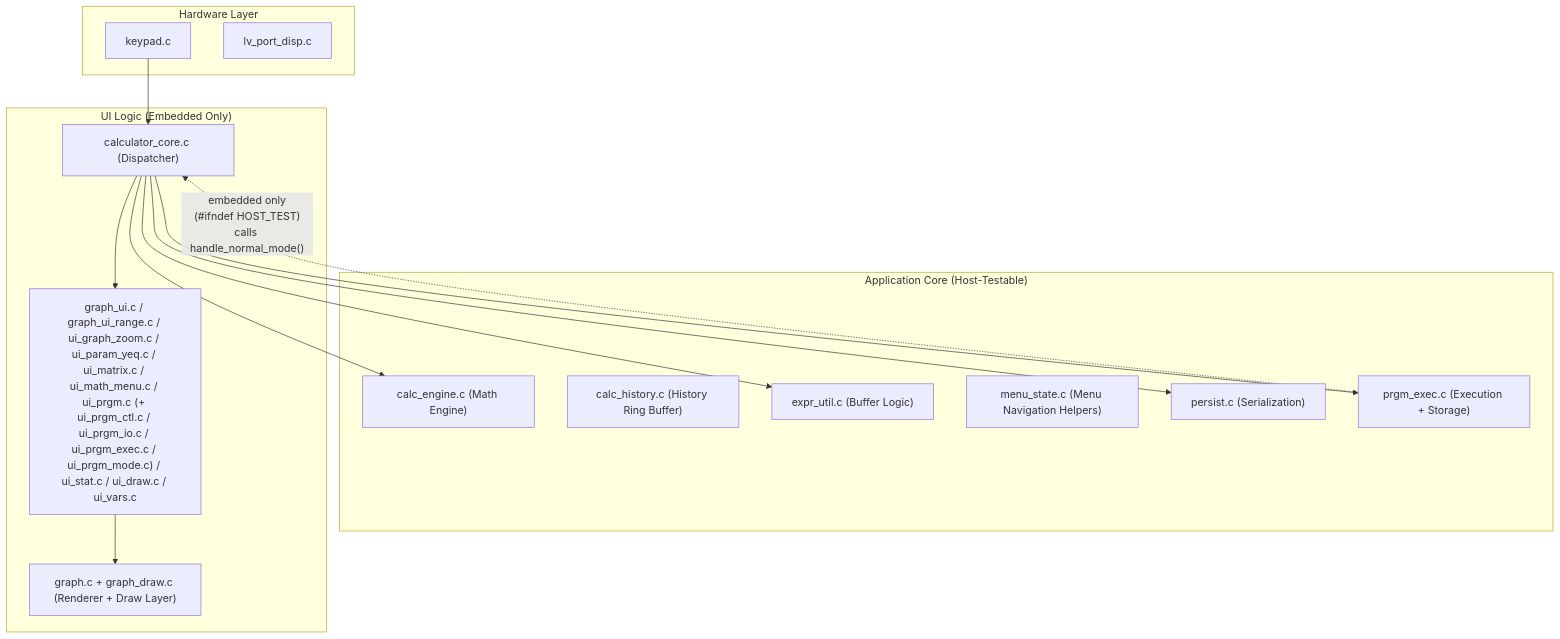
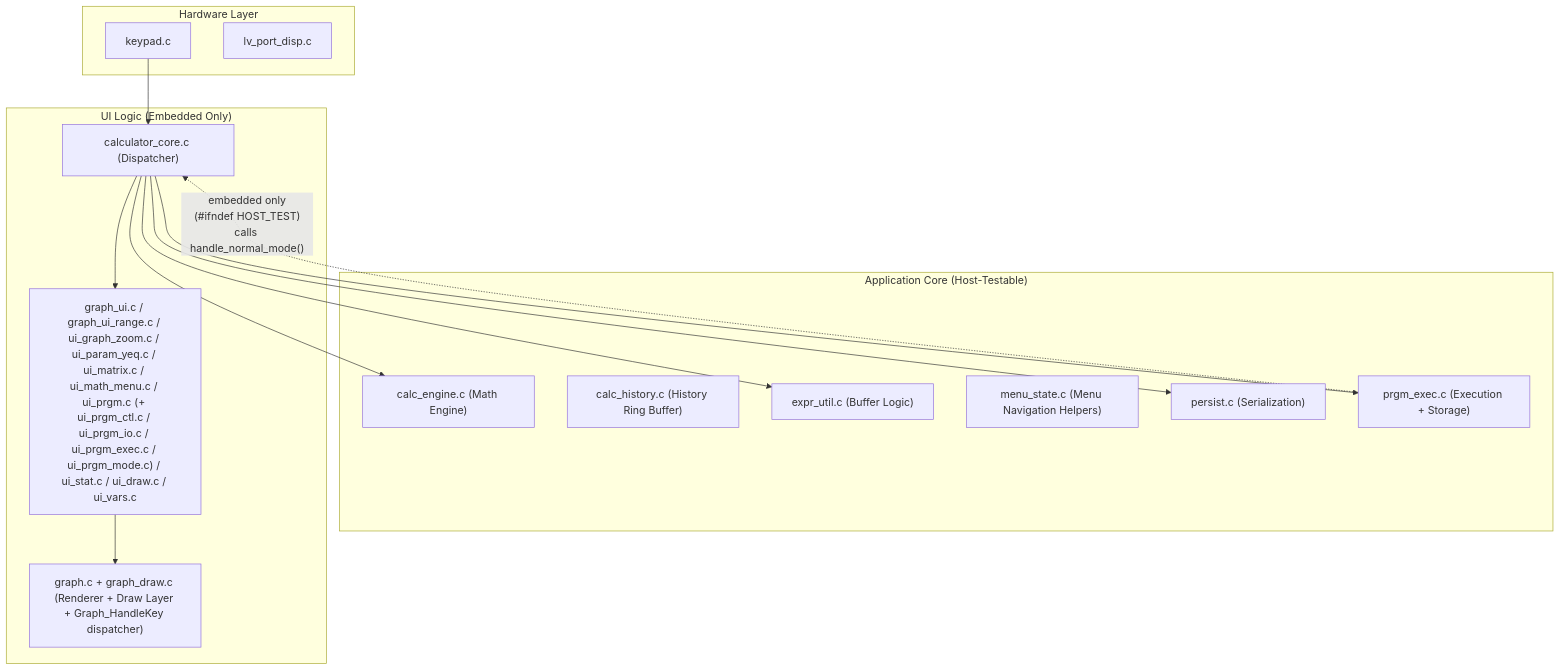
The second of 2 diagrams in docs/ARCHITECTURE.md (mndxc/STM32F429-TI81-Calculator), drawn with Mermaid before and after one commit. The commit also changed other lines of this file and 7 other files, not shown here.

First line of the commit message:
refactor: Arch-5 — Graph_HandleKey() unified graph-mode key dispatcher

````diff
--- a/docs/ARCHITECTURE.md
+++ b/docs/ARCHITECTURE.md
@@ -47,31 +47,31 @@
 ```mermaid
 graph TD
     subgraph "Hardware Layer"
         HW_K["keypad.c"]
         HW_D["lv_port_disp.c"]
     end
 
     subgraph "Application Core (Host-Testable)"
         CE["calc_engine.c (Math Engine)"]
         CH["calc_history.c (History Ring Buffer)"]
         EU["expr_util.c (Buffer Logic)"]
         MS["menu_state.c (Menu Navigation Helpers)"]
         PE["persist.c (Serialization)"]
         PRE["prgm_exec.c (Execution + Storage)"]
     end
 
     subgraph "UI Logic (Embedded Only)"
         CC["calculator_core.c (Dispatcher)"]
         GUI["graph_ui.c / graph_ui_range.c / ui_graph_zoom.c / ui_param_yeq.c / ui_matrix.c / ui_math_menu.c / ui_prgm.c (+ ui_prgm_ctl.c / ui_prgm_io.c / ui_prgm_exec.c / ui_prgm_mode.c) / ui_stat.c / ui_draw.c / ui_vars.c"]
-        G["graph.c + graph_draw.c (Renderer + Draw Layer)"]
+        G["graph.c + graph_draw.c (Renderer + Draw Layer + Graph_HandleKey dispatcher)"]
     end
 
     HW_K --> CC
     CC --> GUI
     CC --> CE
     CC --> EU
     CC --> PE
     CC --> PRE
     GUI --> G
     PRE -. "embedded only\n(#ifndef HOST_TEST)\ncalls handle_normal_mode()" .-> CC
 ```
````
